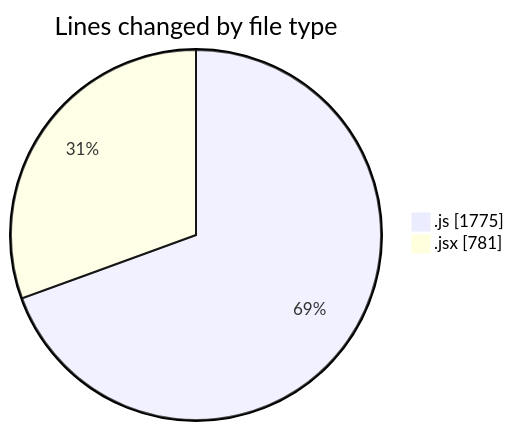
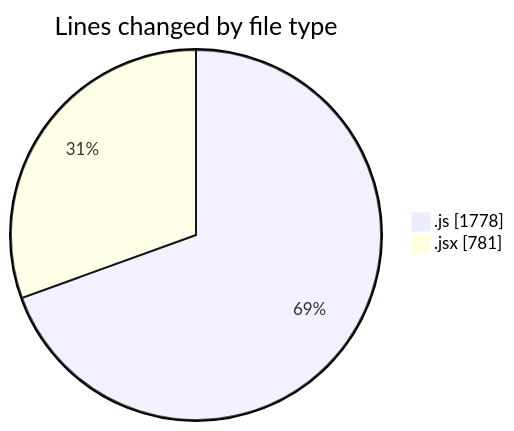
Before and after one commit to nxtqubesakshisongat/code-tracking: the first of 2 diagrams in 2025-09-11/nxtqube_webapp/README.md, drawn with Mermaid. The commit also changed other lines of this file and 1 other file, not shown here.

````diff
--- a/2025-09-11/nxtqube_webapp/README.md
+++ b/2025-09-11/nxtqube_webapp/README.md
@@ -22,6 +22,6 @@
 ```mermaid
 pie showData
 title Lines changed by file type
-".js" : 1775
+".js" : 1778
 ".jsx" : 781
 ```
````
